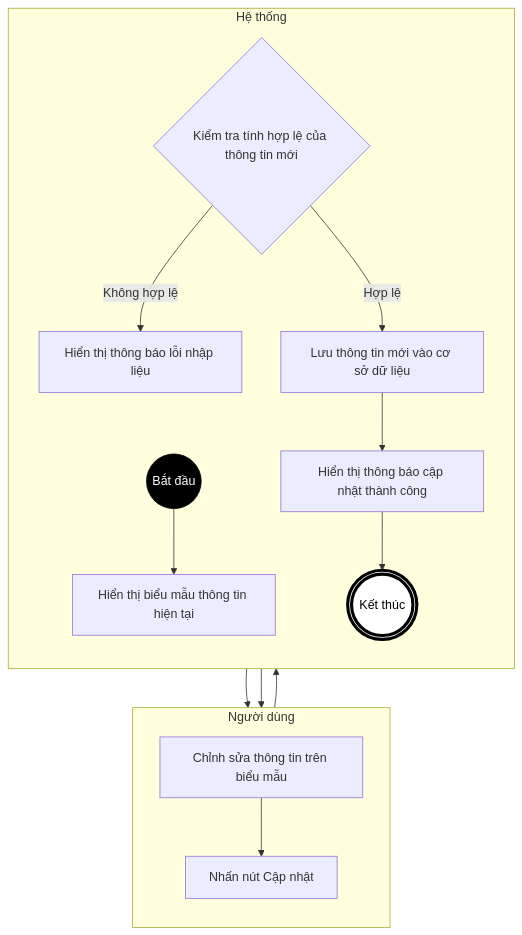
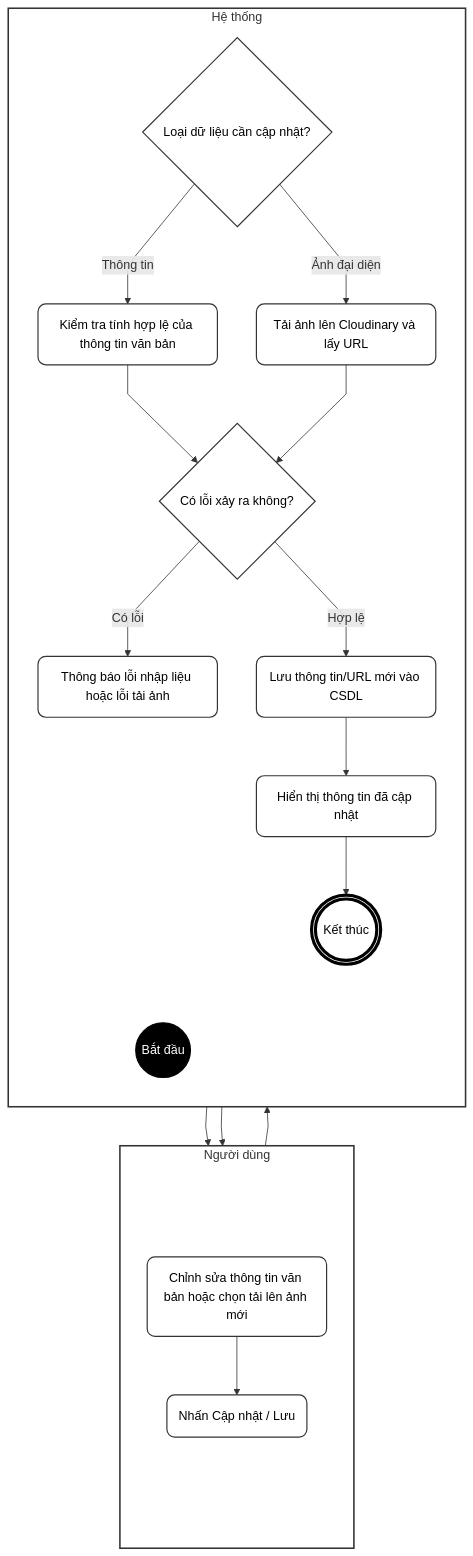
Before and after one commit to ChuDucAnh21/BE-quan-ly-su-kien: the eighth of 9 diagrams in doc/system_analysis/activity diagram/08a_activity_auth_profile.md, drawn with Mermaid. The commit also changed other lines of this file and 26 other files, not shown here.

````diff
--- a/doc/system_analysis/activity diagram/08a_activity_auth_profile.md
+++ b/doc/system_analysis/activity diagram/08a_activity_auth_profile.md
@@ -336,33 +432,56 @@
 ```mermaid
+%%{init: {"flowchart": {"curve": "linear"}}}%%
 flowchart TD
+    classDef default fill:#fff,stroke:#333,stroke-width:1.5px,color:#000,rx:10px,ry:10px;
     classDef startNode fill:#000,stroke:#000,color:#fff;
     classDef endNode fill:#fff,stroke:#000,stroke-width:4px,color:#000;
+    classDef hidden fill:none,stroke:none,color:none;
 
     subgraph TacNhan [Người dùng]
         direction TB
-        A[Chỉnh sửa thông tin trên biểu mẫu]
-        B[Nhấn nút Cập nhật]
+        T_start(" "):::hidden
+        A(Chỉnh sửa thông tin văn bản hoặc chọn tải lên ảnh mới)
+        B(Nhấn Cập nhật / Lưu)
+        T_end(" "):::hidden
     end
 
     subgraph HeThong [Hệ thống]
         direction TB
+        H_start(" "):::hidden
         Start((Bắt đầu)):::startNode
-        C[Hiển thị biểu mẫu thông tin hiện tại]
-        D{Kiểm tra tính hợp lệ của thông tin mới}
-        E[Hiển thị thông báo lỗi nhập liệu]
-        F[Lưu thông tin mới vào cơ sở dữ liệu]
-        G[Hiển thị thông báo cập nhật thành công]
+        C{Loại dữ liệu cần cập nhật?}
+        D(Kiểm tra tính hợp lệ của thông tin văn bản)
+        E(Tải ảnh lên Cloudinary và lấy URL)
+        F{Có lỗi xảy ra không?}
+        G(Thông báo lỗi nhập liệu hoặc lỗi tải ảnh)
+        H(Lưu thông tin/URL mới vào CSDL)
+        I(Hiển thị thông tin đã cập nhật)
         End(((Kết thúc))):::endNode
+        H_end(" "):::hidden
     end
 
-    Start --> C
-    C --> A
+    T_start ~~~ H_start
+    T_end ~~~ H_end
+
+    T_start ~~~ A
+    B ~~~ T_end
+
+    H_start ~~~ Start
+    End ~~~ H_end
+
+    Start --> A
     A --> B
-    B --> D
-    D -- Không hợp lệ --> E
-    E --> A
-    
-    D -- Hợp lệ --> F
-    F --> G
-    G --> End
+    B --> C
+    C -- Thông tin --> D
+    C -- Ảnh đại diện --> E
+    D --> F
+    E --> F
+    F -- Có lỗi --> G
+    G --> A
+    F -- Hợp lệ --> H
+    H --> I
+    I --> End
+
+    style TacNhan fill:#fff,stroke:#333,stroke-width:2px
+    style HeThong fill:#fff,stroke:#333,stroke-width:2px
 ```
````
